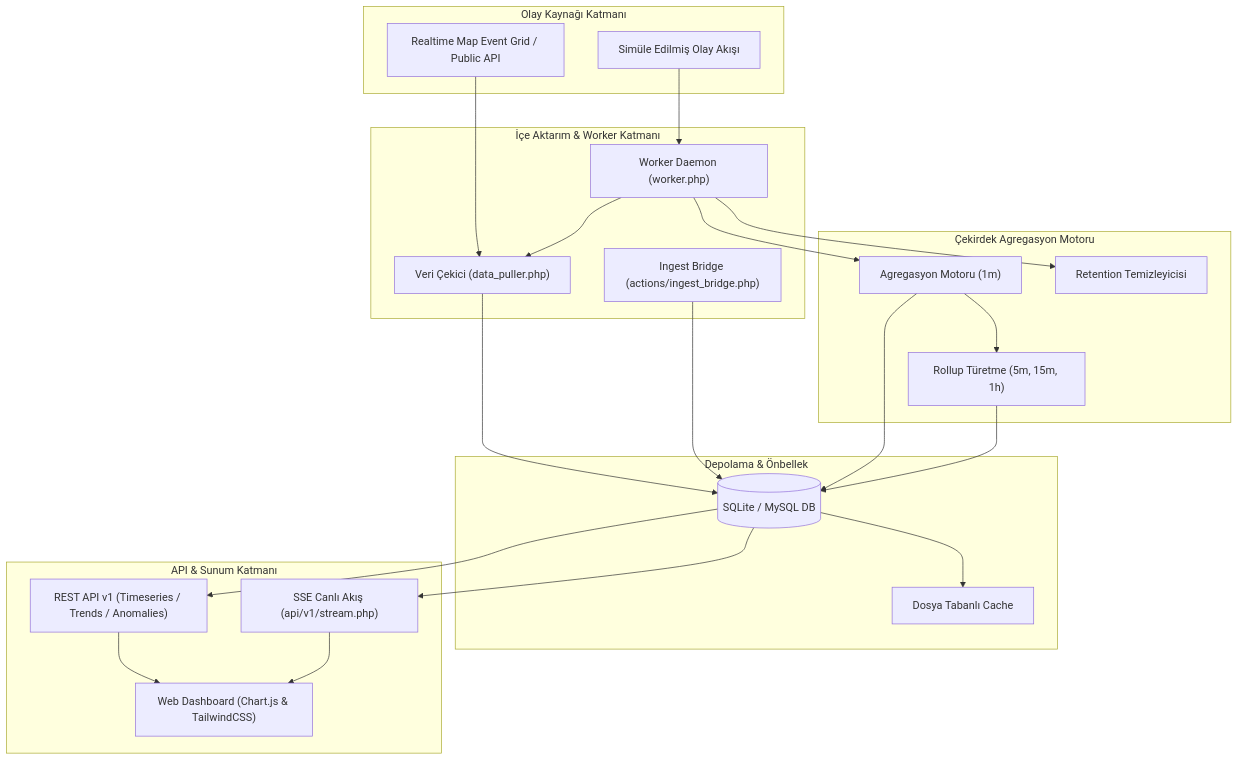
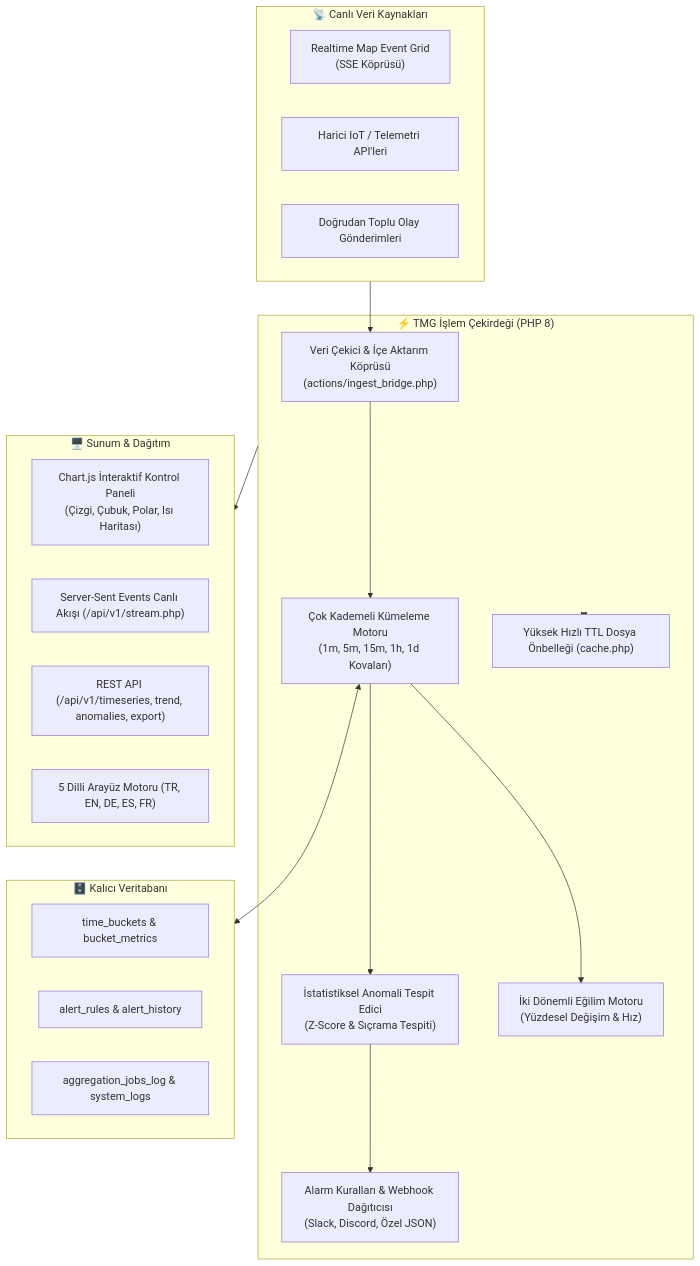
One commit to adacreativeco/temporal-memory-grid changed the diagram in README.tr.md. Above: the diagram before and after it, drawn with Mermaid. The commit also changed other lines of this file and 2 other files, not shown here.

````diff
--- a/README.tr.md
+++ b/README.tr.md
@@ -41,46 +33,46 @@
 ```mermaid
-graph TD
-    subgraph "Olay Kaynağı Katmanı"
-        RTEG["Realtime Map Event Grid / Public API"]
-        Sim["Simüle Edilmiş Olay Akışı"]
+flowchart TD
+    subgraph StreamSources["📡 Canlı Veri Kaynakları"]
+        RTEG["Realtime Map Event Grid
+(SSE Köprüsü)"]
+        ExternalAPI["Harici IoT / Telemetri API'leri"]
+        DirectEvents["Doğrudan Toplu Olay Gönderimleri"]
     end
 
-    subgraph "İçe Aktarım & Worker Katmanı"
-        Worker["Worker Daemon (worker.php)"]
-        Puller["Veri Çekici (data_puller.php)"]
-        Bridge["Ingest Bridge (actions/ingest_bridge.php)"]
+    subgraph CoreEngine["⚡ TMG İşlem Çekirdeği (PHP 8)"]
+        DataPuller["Veri Çekici & İçe Aktarım Köprüsü
+(actions/ingest_bridge.php)"]
+        AggEngine["Çok Kademeli Kümeleme Motoru
+(1m, 5m, 15m, 1h, 1d Kovaları)"]
+        AnomalyEngine["İstatistiksel Anomali Tespit Edici
+(Z-Score & Sıçrama Tespiti)"]
+        TrendEngine["İki Dönemli Eğilim Motoru
+(Yüzdesel Değişim & Hız)"]
+        AlertEngine["Alarm Kuralları & Webhook Dağıtıcısı
+(Slack, Discord, Özel JSON)"]
+        CacheManager["Yüksek Hızlı TTL Dosya Önbelleği (cache.php)"]
     end
 
-    subgraph "Çekirdek Agregasyon Motoru"
-        Agg["Agregasyon Motoru (1m)"]
-        Rollup["Rollup Türetme (5m, 15m, 1h)"]
-        Cleanup["Retention Temizleyicisi"]
+    subgraph StorageLayer["🗄️ Kalıcı Veritabanı"]
+        TimeBuckets["time_buckets & bucket_metrics"]
+        AlertHistory["alert_rules & alert_history"]
+        Logs["aggregation_jobs_log & system_logs"]
     end
 
-    subgraph "Depolama & Önbellek"
-        DB[("SQLite / MySQL DB")]
-        Cache["Dosya Tabanlı Cache"]
+    subgraph PresentationLayer["🖥️ Sunum & Dağıtım"]
+        ChartUI["Chart.js İnteraktif Kontrol Paneli
+(Çizgi, Çubuk, Polar, Isı Haritası)"]
+        LiveSSE["Server-Sent Events Canlı Akışı (/api/v1/stream.php)"]
+        RESTAPI["REST API (/api/v1/timeseries, trend, anomalies, export)"]
+        I18n["5 Dilli Arayüz Motoru (TR, EN, DE, ES, FR)"]
     end
 
-    subgraph "API & Sunum Katmanı"
-        API["REST API v1 (Timeseries / Trends / Anomalies)"]
-        SSE["SSE Canlı Akış (api/v1/stream.php)"]
-        Dashboard["Web Dashboard (Chart.js & TailwindCSS)"]
-    end
-
-    RTEG --> Puller
-    Sim --> Worker
-    Worker --> Puller
-    Puller --> DB
-    Bridge --> DB
-    Worker --> Agg
-    Agg --> Rollup
-    Agg --> DB
-    Rollup --> DB
-    Worker --> Cleanup
-    DB --> Cache
-    DB --> API
-    DB --> SSE
-    API --> Dashboard
-    SSE --> Dashboard
+    StreamSources --> DataPuller
+    DataPuller --> AggEngine
+    AggEngine --> AnomalyEngine
+    AggEngine --> TrendEngine
+    AnomalyEngine --> AlertEngine
+    AggEngine <--> StorageLayer
+    CoreEngine <--> CacheManager
+    CoreEngine --> PresentationLayer
 ```
````
